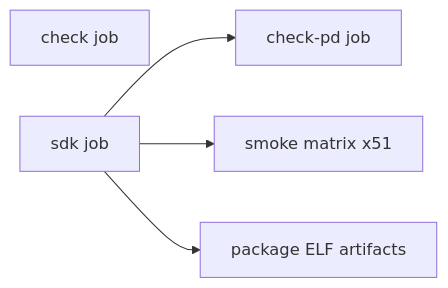
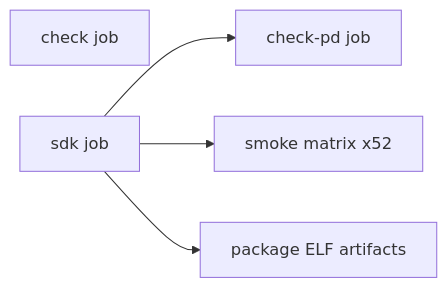
The diagram in docs/ci.md (julerex/lerux), drawn with Mermaid before and after one commit. The commit also changed other lines of this file and 31 other files, not shown here.

````diff
--- a/docs/ci.md
+++ b/docs/ci.md
@@ -13,11 +13,11 @@
 ```mermaid
 flowchart LR
   check[check job]
   sdk[sdk job]
   checkPd[check-pd job]
-  smoke[smoke matrix x51]
+  smoke[smoke matrix x52]
   package[package ELF artifacts]
   sdk --> checkPd
   sdk --> smoke
   sdk --> package
 ```
````
